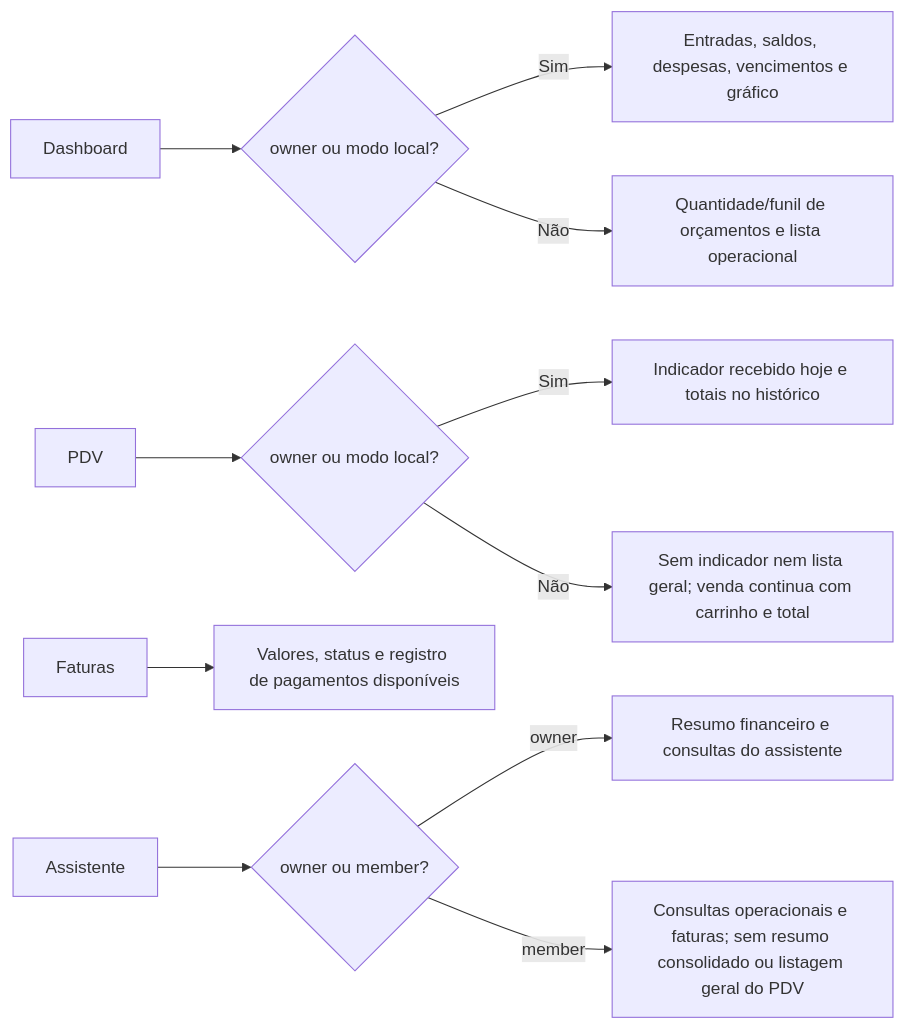
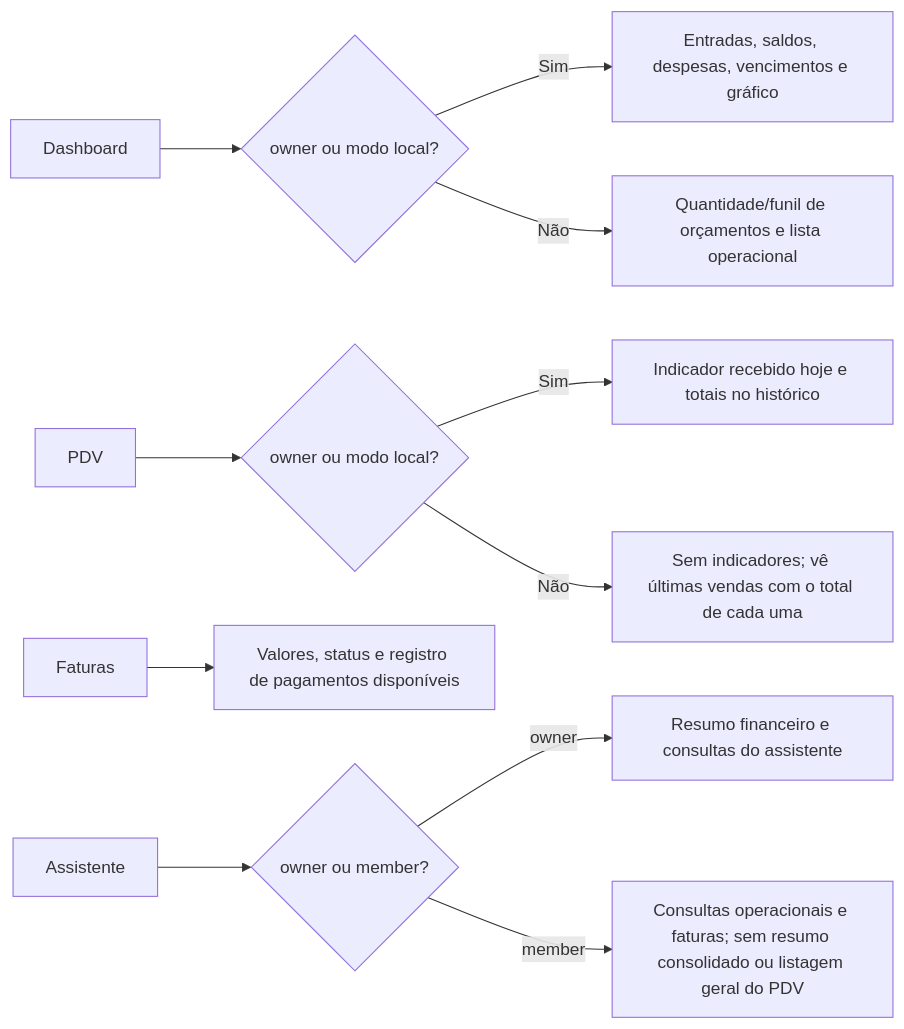
Before and after one commit to rockbca-dotcom/grafica-livre: the fourth of 6 diagrams in FLUXOGRAMA.md, drawn with Mermaid. The commit also changed other lines of this file and 11 other files, not shown here.

````diff
--- a/FLUXOGRAMA.md
+++ b/FLUXOGRAMA.md
@@ -64,13 +64,13 @@
 ```mermaid
 flowchart LR
     D[Dashboard] --> O{owner ou modo local?}
     O -- Sim --> FIN[Entradas, saldos, despesas, vencimentos e gráfico]
     O -- Não --> OP[Quantidade/funil de orçamentos e lista operacional]
     P[PDV] --> P2{owner ou modo local?}
     P2 -- Sim --> PFIN[Indicador recebido hoje e totais no histórico]
-    P2 -- Não --> PQUIET[Sem indicador nem lista geral; venda continua com carrinho e total]
+    P2 -- Não --> PQUIET[Sem indicadores; vê últimas vendas com o total de cada uma]
     F[Faturas] --> F1[Valores, status e registro de pagamentos disponíveis]
     A[Assistente] --> A1{owner ou member?}
     A1 -- owner --> A2[Resumo financeiro e consultas do assistente]
     A1 -- member --> A3[Consultas operacionais e faturas; sem resumo consolidado ou listagem geral do PDV]
 ```
````
